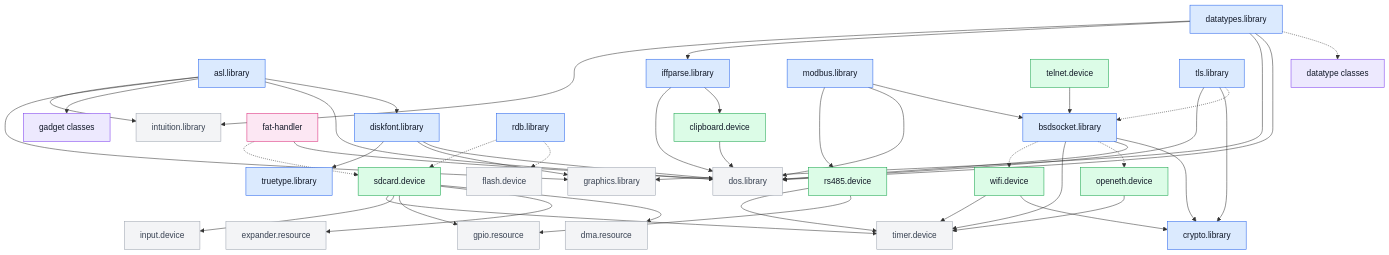
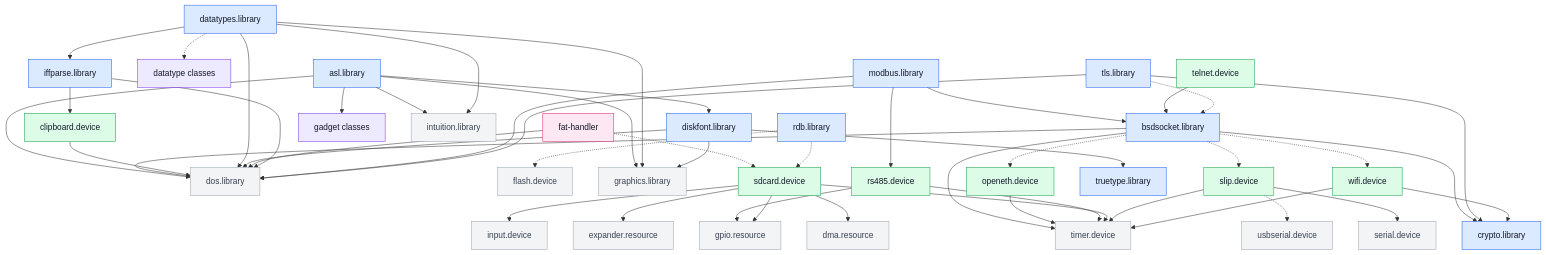
Before and after one commit to cycl0ne/poweros_esp32: the second of 3 diagrams in sdk/docs/modules.md, drawn with Mermaid. The commit also changed 56 other files, not shown here.

````diff
--- a/sdk/docs/modules.md
+++ b/sdk/docs/modules.md
@@ -169,10 +169,13 @@
     m_rdb_library["rdb.library"]
     m_rs485_device["rs485.device"]
     m_sdcard_device["sdcard.device"]
+    m_serial_device["serial.device"]
+    m_slip_device["slip.device"]
     m_telnet_device["telnet.device"]
     m_timer_device["timer.device"]
     m_tls_library["tls.library"]
     m_truetype_library["truetype.library"]
+    m_usbserial_device["usbserial.device"]
     m_wifi_device["wifi.device"]
 
     m_asl_library --> m_diskfont_library
@@ -183,6 +186,7 @@
     m_bsdsocket_library --> m_crypto_library
     m_bsdsocket_library --> m_dos_library
     m_bsdsocket_library -.-> m_openeth_device
+    m_bsdsocket_library -.-> m_slip_device
     m_bsdsocket_library --> m_timer_device
     m_bsdsocket_library -.-> m_wifi_device
     m_clipboard_device --> m_dos_library
@@ -211,6 +215,9 @@
     m_sdcard_device --> m_gpio_resource
     m_sdcard_device --> m_input_device
     m_sdcard_device --> m_timer_device
+    m_slip_device --> m_serial_device
+    m_slip_device --> m_timer_device
+    m_slip_device -.-> m_usbserial_device
     m_telnet_device --> m_bsdsocket_library
     m_tls_library -.-> m_bsdsocket_library
     m_tls_library --> m_crypto_library
@@ -221,11 +228,11 @@
     classDef lib fill:#dbeafe,stroke:#2563eb,color:#111827
     class m_asl_library,m_bsdsocket_library,m_crypto_library,m_datatypes_library,m_diskfont_library,m_iffparse_library,m_modbus_library,m_rdb_library,m_tls_library,m_truetype_library lib
     classDef dev fill:#dcfce7,stroke:#16a34a,color:#111827
-    class m_clipboard_device,m_openeth_device,m_rs485_device,m_sdcard_device,m_telnet_device,m_wifi_device dev
+    class m_clipboard_device,m_openeth_device,m_rs485_device,m_sdcard_device,m_slip_device,m_telnet_device,m_wifi_device dev
     classDef hand fill:#fce7f3,stroke:#db2777,color:#111827
     class m_fat_handler hand
     classDef cls fill:#ede9fe,stroke:#7c3aed,color:#111827
     class m_datatype_classes,m_gadget_classes cls
     classDef rom fill:#f3f4f6,stroke:#9ca3af,color:#374151
-    class m_dma_resource,m_dos_library,m_expander_resource,m_flash_device,m_gpio_resource,m_graphics_library,m_input_device,m_intuition_library,m_timer_device rom
+    class m_dma_resource,m_dos_library,m_expander_resource,m_flash_device,m_gpio_resource,m_graphics_library,m_input_device,m_intuition_library,m_serial_device,m_timer_device,m_usbserial_device rom
 ```
````
